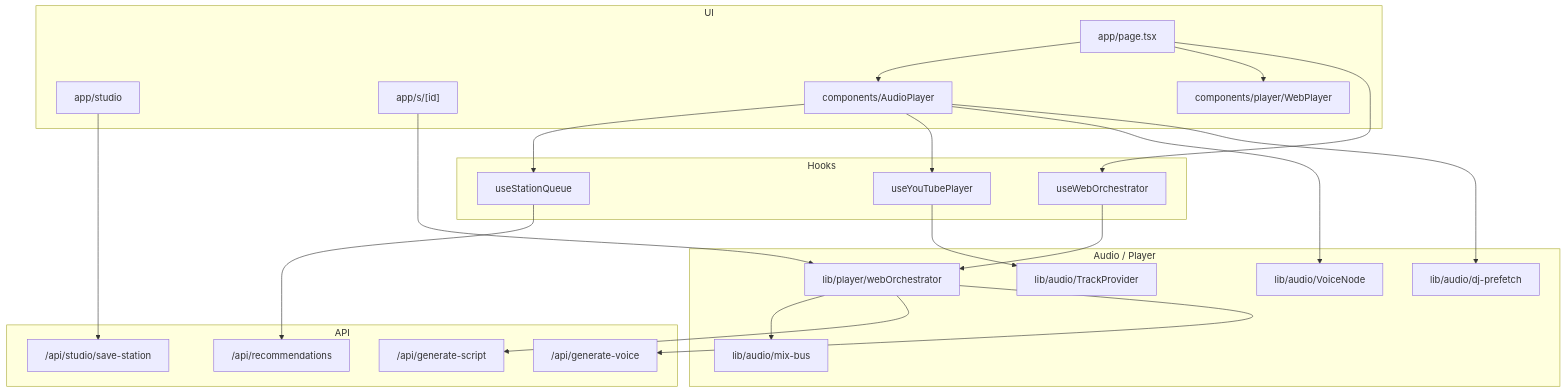
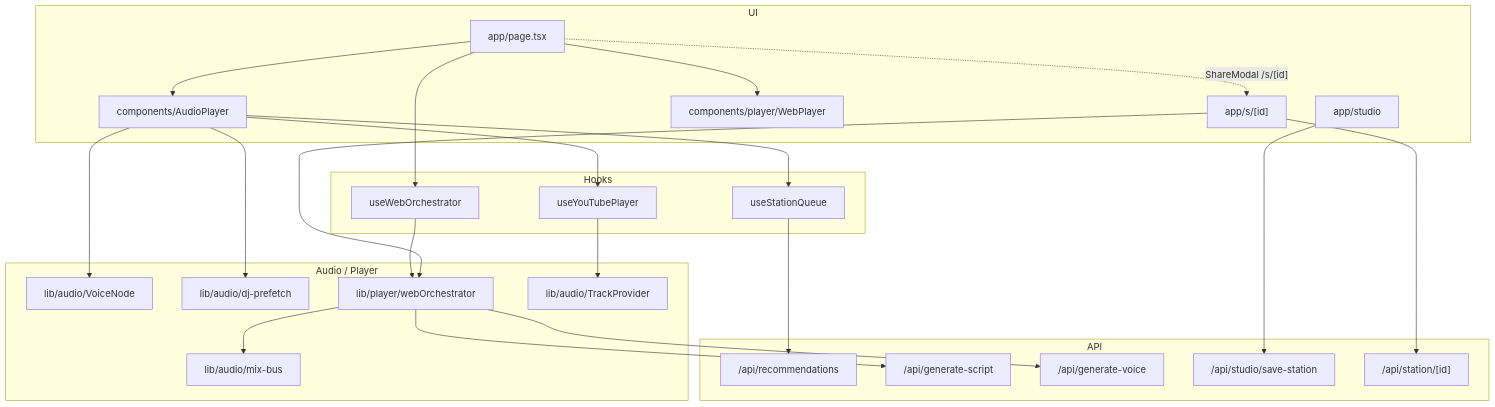
The diagram in docs/ARCHITECTURE.md (SongGhost/SongGhost), drawn with Mermaid before and after one commit. The commit also changed other lines of this file and 7 other files, not shown here.

Commit message:
feat(sharing): add public station route /s/[id], dynamic OpenGraph social metadata, and share modal

````diff
--- a/docs/ARCHITECTURE.md
+++ b/docs/ARCHITECTURE.md
@@ -27,47 +27,50 @@
 ```mermaid
 flowchart TB
   subgraph UI["UI"]
     Home["app/page.tsx"]
     Studio["app/studio"]
     Share["app/s/[id]"]
     WebPlayer["components/player/WebPlayer"]
     AudioPlayer["components/AudioPlayer"]
   end
 
   subgraph Hooks["Hooks"]
     Queue["useStationQueue"]
     YT["useYouTubePlayer"]
     WO["useWebOrchestrator"]
   end
 
   subgraph Engine["Audio / Player"]
     Mix["lib/audio/mix-bus"]
     Voice["lib/audio/VoiceNode"]
     Prefetch["lib/audio/dj-prefetch"]
     Orch["lib/player/webOrchestrator"]
     TP["lib/audio/TrackProvider"]
   end
 
   subgraph API["API"]
     Rec["/api/recommendations"]
     Script["/api/generate-script"]
     VoiceApi["/api/generate-voice"]
     Save["/api/studio/save-station"]
+    PublicStation["/api/station/[id]"]
   end
 
   Home --> AudioPlayer
   Home --> WebPlayer
   Home --> WO
   AudioPlayer --> Queue
   AudioPlayer --> YT
   AudioPlayer --> Voice
   AudioPlayer --> Prefetch
   WO --> Orch
   Orch --> Mix
   YT --> TP
   Orch --> Script
   Orch --> VoiceApi
   Queue --> Rec
   Studio --> Save
+  Share --> PublicStation
   Share --> Orch
+  Home -.->|"ShareModal /s/[id]"| Share
 ```
````
